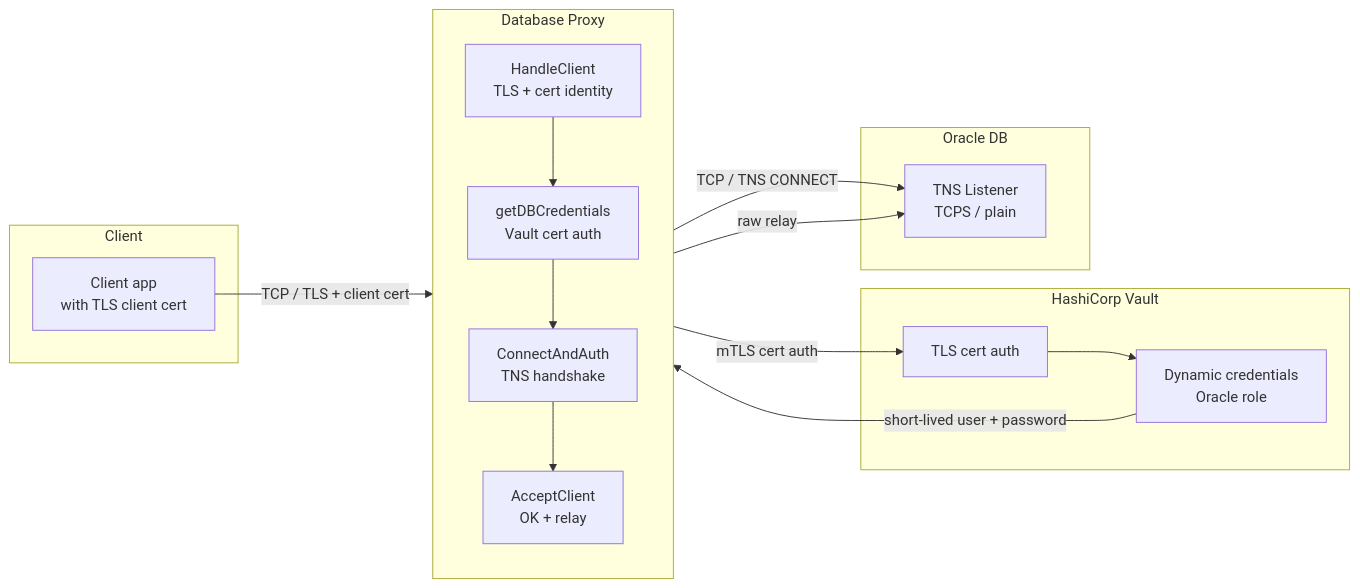
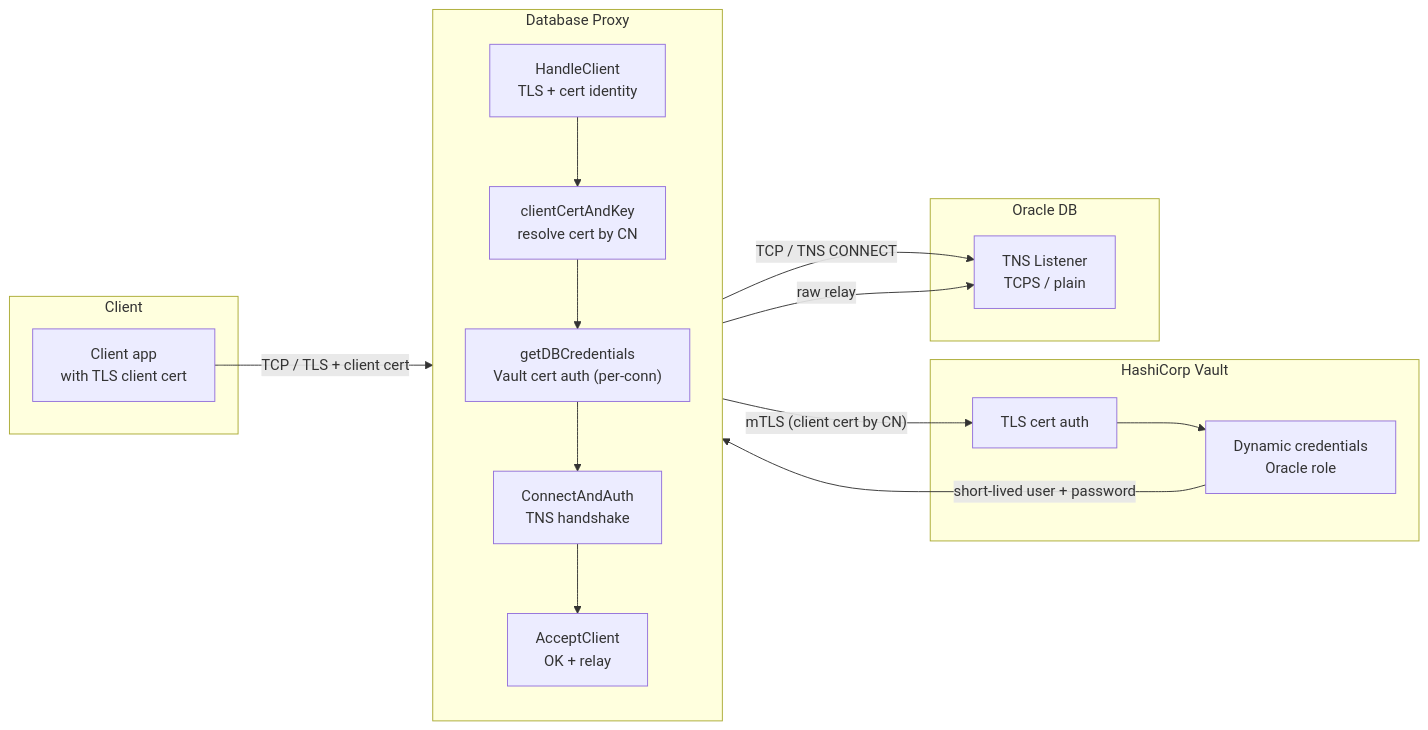
The first of 2 diagrams in docs/oracle-proxy-overview.md (matmazurk/database-proxy), drawn with Mermaid before and after one commit. The commit also changed other lines of this file, not shown here.

Commit message:
update diagram

````diff
--- a/docs/oracle-proxy-overview.md
+++ b/docs/oracle-proxy-overview.md
@@ -7,31 +7,32 @@
 ```mermaid
 flowchart LR
     subgraph Client
         C["Client app<br/>with TLS client cert"]
     end
 
     subgraph Proxy["Database Proxy"]
         direction TB
         P1["HandleClient<br/>TLS + cert identity"]
-        P2["getDBCredentials<br/>Vault cert auth"]
-        P3["ConnectAndAuth<br/>TNS handshake"]
-        P4["AcceptClient<br/>OK + relay"]
-        P1 --> P2 --> P3 --> P4
+        P2["clientCertAndKey<br/>resolve cert by CN"]
+        P3["getDBCredentials<br/>Vault cert auth (per-conn)"]
+        P4["ConnectAndAuth<br/>TNS handshake"]
+        P5["AcceptClient<br/>OK + relay"]
+        P1 --> P2 --> P3 --> P4 --> P5
     end
 
     subgraph Vault["HashiCorp Vault"]
         V1[TLS cert auth]
         V2["Dynamic credentials<br/>Oracle role"]
         V1 --> V2
     end
 
     subgraph Oracle["Oracle DB"]
         O1["TNS Listener<br/>TCPS / plain"]
     end
 
     C -- "TCP / TLS + client cert" --> P1
-    P2 -- "mTLS cert auth" --> V1
-    V2 -- "short-lived user + password" --> P3
-    P3 -- "TCP / TNS CONNECT" --> O1
-    P4 -- "raw relay" --> O1
+    P3 -- "mTLS (client cert by CN)" --> V1
+    V2 -- "short-lived user + password" --> P4
+    P4 -- "TCP / TNS CONNECT" --> O1
+    P5 -- "raw relay" --> O1
 ```
````
